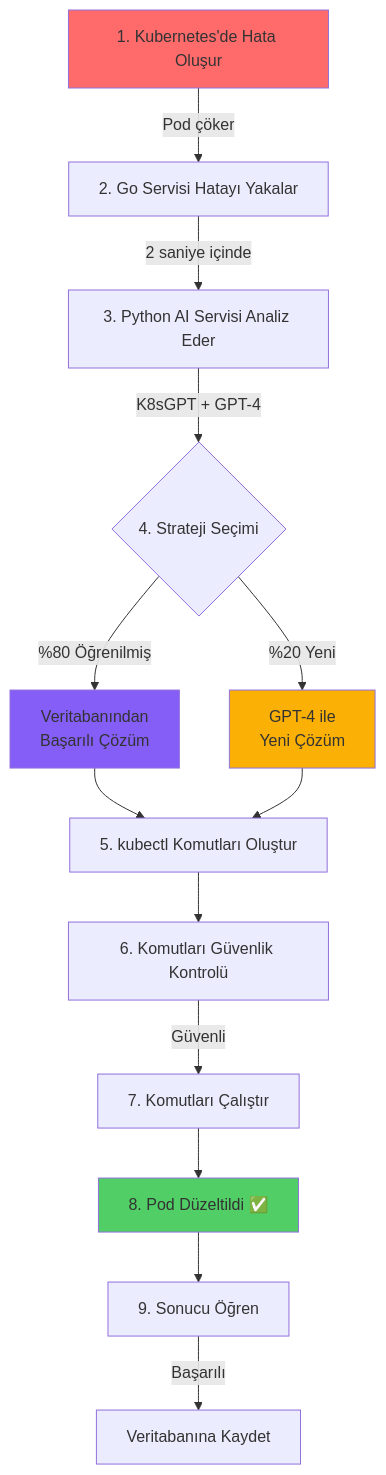
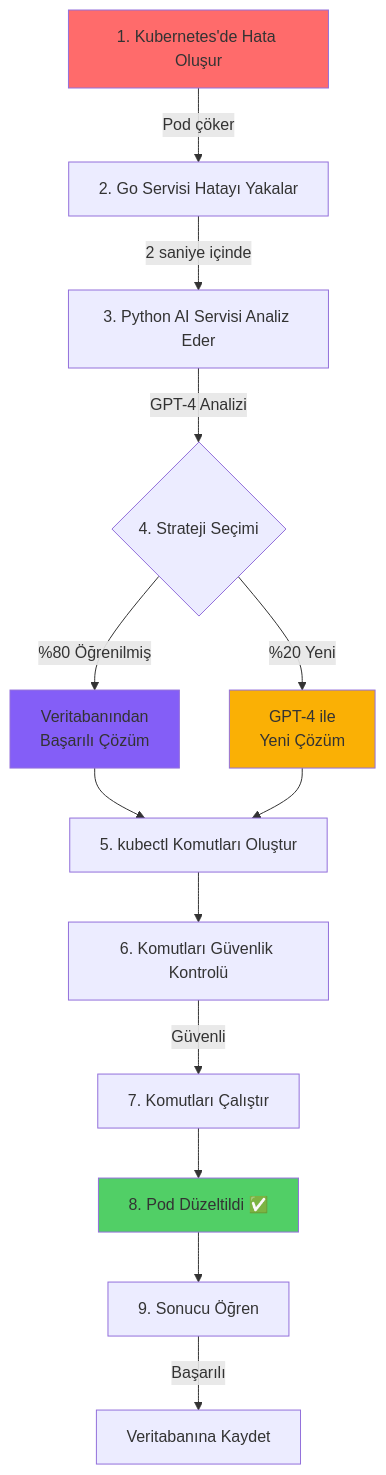
Before and after one commit to mmsuerkan/kubernetes-thesis: the first of 3 diagrams in README.md, drawn with Mermaid. The commit also changed other lines of this file and 4 other files, not shown here.

````diff
--- a/README.md
+++ b/README.md
@@ -48,24 +48,24 @@
 ```mermaid
 graph TD
     A[1. Kubernetes'de Hata Oluşur] -->|Pod çöker| B[2. Go Servisi Hatayı Yakalar]
     B -->|2 saniye içinde| C[3. Python AI Servisi Analiz Eder]
-    C -->|K8sGPT + GPT-4| D{4. Strateji Seçimi}
+    C -->|GPT-4 Analizi| D{4. Strateji Seçimi}
     
     D -->|%80 Öğrenilmiş| E[Veritabanından<br/>Başarılı Çözüm]
     D -->|%20 Yeni| F[GPT-4 ile<br/>Yeni Çözüm]
     
     E --> G[5. kubectl Komutları Oluştur]
     F --> G
     
     G --> H[6. Komutları Güvenlik Kontrolü]
     H -->|Güvenli| I[7. Komutları Çalıştır]
     I --> J[8. Pod Düzeltildi ✅]
     
     J --> K[9. Sonucu Öğren]
     K -->|Başarılı| L[Veritabanına Kaydet]
     
     style A fill:#ff6b6b
     style J fill:#51cf66
     style E fill:#845ef7
     style F fill:#fab005
 ```
````
